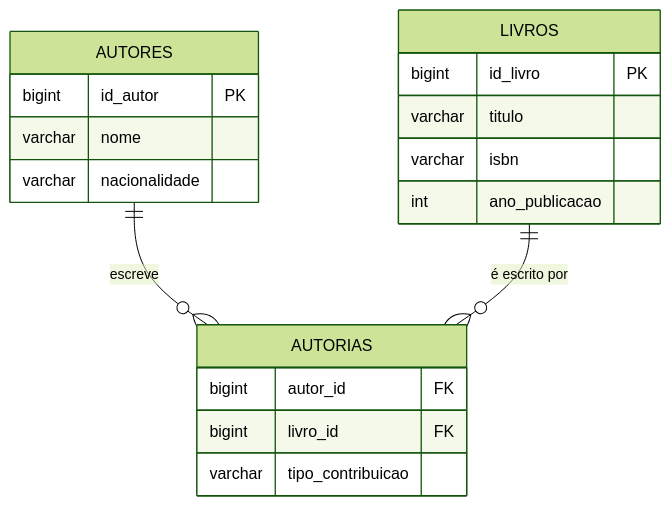
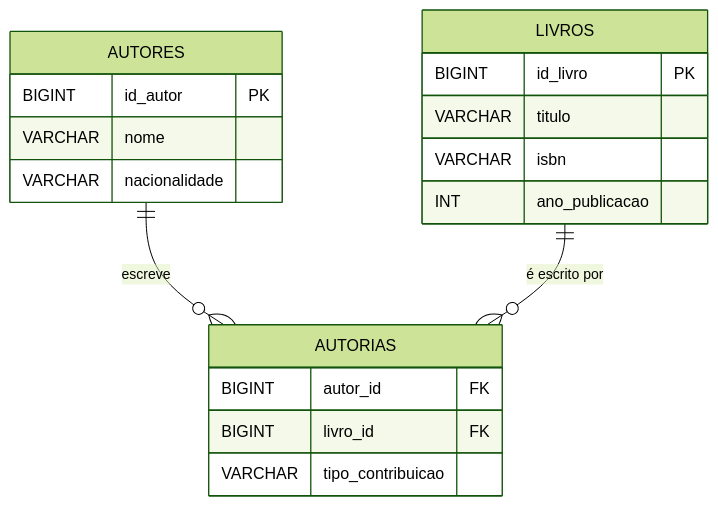
One commit to DSM-Fatec-Jahu/BDR-DSM-2026-2 changed the ninth of 13 diagrams in docs/aulas/Cardinalidade_MER_Completo.md. Above: the diagram before and after it, drawn with Mermaid (forest theme). The commit also changed other lines of this file and 2 other files, not shown here.

First line of the commit message:
Padroniza tipos SQL em MAIÚSCULAS nos diagramas (Regra 3)

````diff
--- a/docs/aulas/Cardinalidade_MER_Completo.md
+++ b/docs/aulas/Cardinalidade_MER_Completo.md
@@ -421,24 +421,24 @@
 ```mermaid
 erDiagram
     AUTORES {
-        bigint id_autor PK
-        varchar nome
-        varchar nacionalidade
+        BIGINT id_autor PK
+        VARCHAR nome
+        VARCHAR nacionalidade
     }
 
     LIVROS {
-        bigint id_livro PK
-        varchar titulo
-        varchar isbn
-        int ano_publicacao
+        BIGINT id_livro PK
+        VARCHAR titulo
+        VARCHAR isbn
+        INT ano_publicacao
     }
 
     AUTORIAS {
-        bigint autor_id FK
-        bigint livro_id FK
-        varchar tipo_contribuicao
+        BIGINT autor_id FK
+        BIGINT livro_id FK
+        VARCHAR tipo_contribuicao
     }
 
     AUTORES ||--o{ AUTORIAS : "escreve"
     LIVROS ||--o{ AUTORIAS : "é escrito por"
 ```
````
